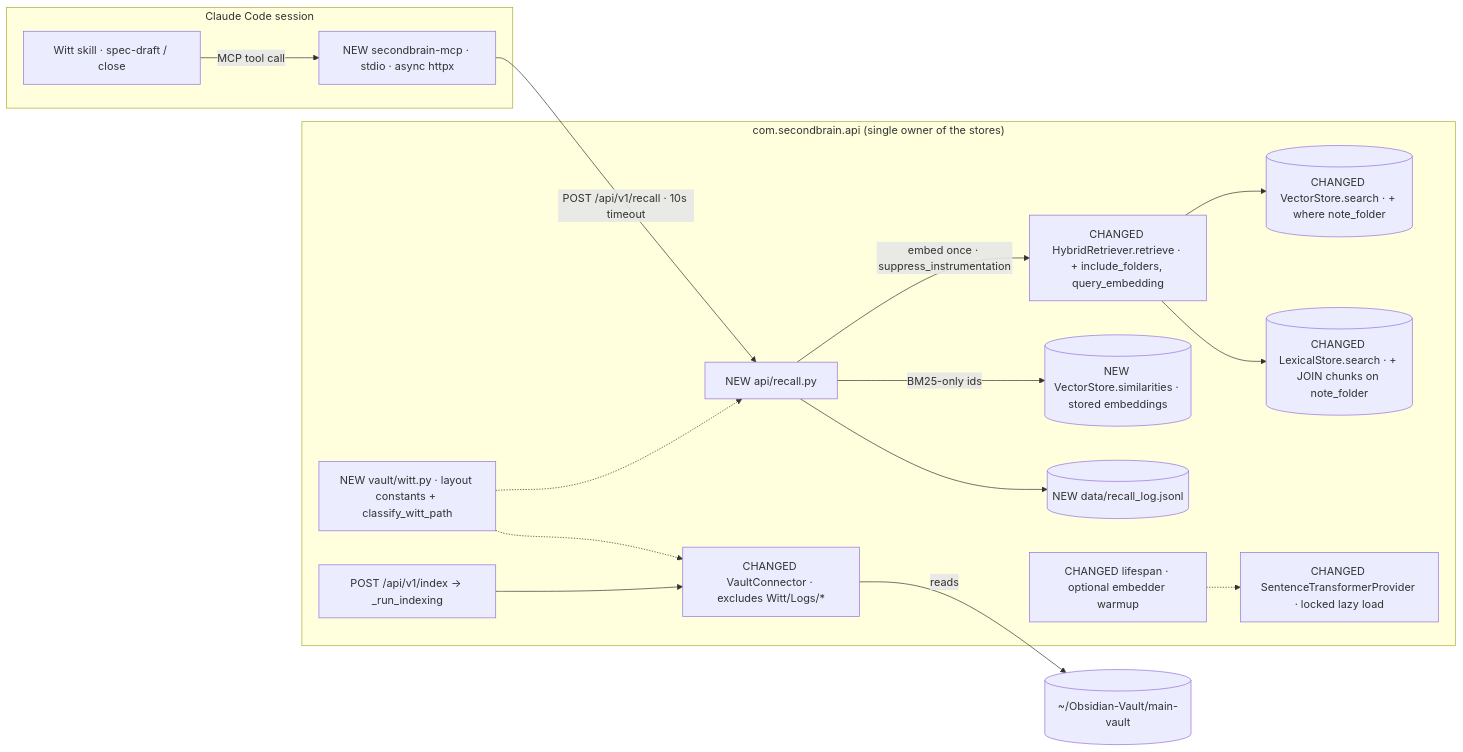
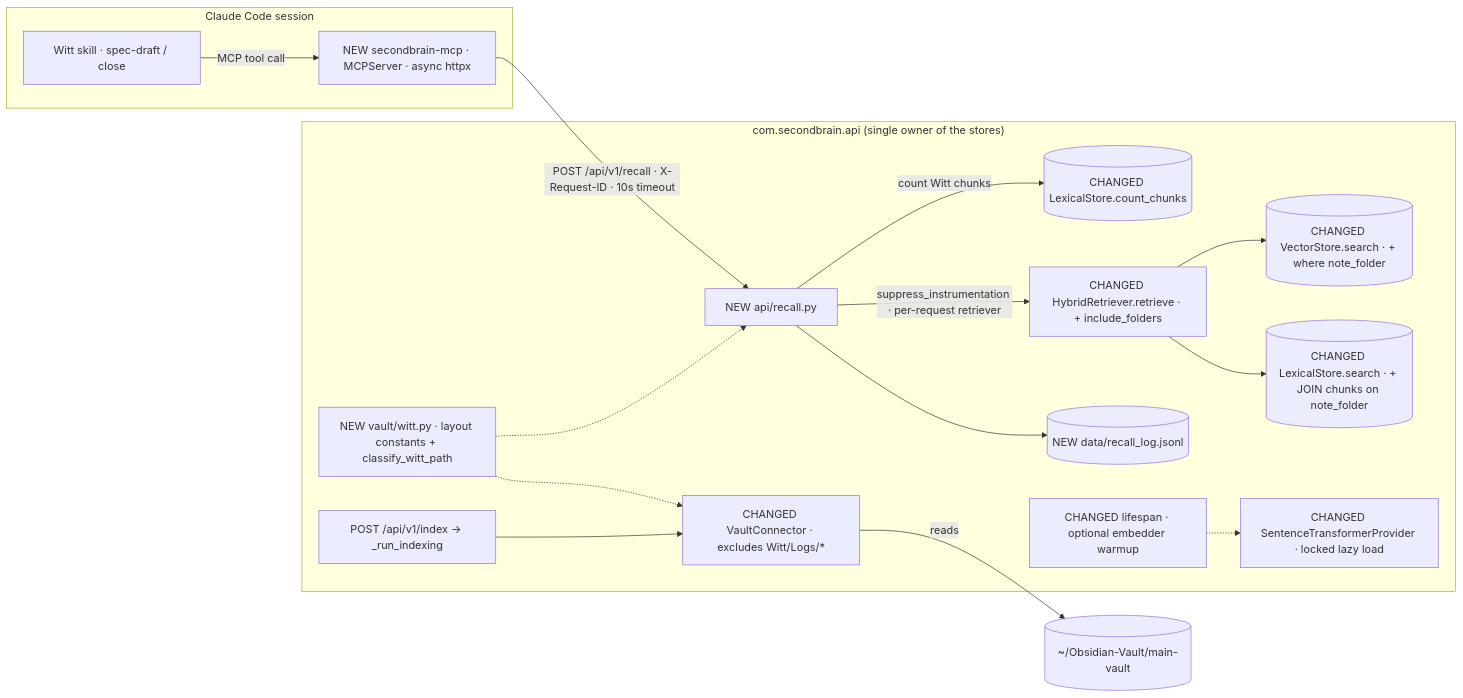
The diagram in docs/specs/001-secondbrain-recall-mcp-server-for-witt.md (brendenrossin/SecondBrain), drawn with Mermaid before and after one commit. The commit also changed other lines of this file and 4 other files, not shown here.

````diff
--- a/docs/specs/001-secondbrain-recall-mcp-server-for-witt.md
+++ b/docs/specs/001-secondbrain-recall-mcp-server-for-witt.md
@@ -96,19 +116,19 @@
 ```mermaid
 flowchart LR
   subgraph Claude Code session
-    S[Witt skill · spec-draft / close] -->|MCP tool call| M[NEW secondbrain-mcp · stdio · async httpx]
+    S[Witt skill · spec-draft / close] -->|MCP tool call| M[NEW secondbrain-mcp · MCPServer · async httpx]
   end
-  M -->|POST /api/v1/recall · 10s timeout| R[NEW api/recall.py]
+  M -->|POST /api/v1/recall · X-Request-ID · 10s timeout| R[NEW api/recall.py]
   subgraph "com.secondbrain.api (single owner of the stores)"
-    R -->|embed once · suppress_instrumentation| H[CHANGED HybridRetriever.retrieve · + include_folders, query_embedding]
+    R -->|count Witt chunks| LC[(CHANGED LexicalStore.count_chunks)]
+    R -->|suppress_instrumentation · per-request retriever| H[CHANGED HybridRetriever.retrieve · + include_folders]
     H --> V[(CHANGED VectorStore.search · + where note_folder)]
     H --> L[(CHANGED LexicalStore.search · + JOIN chunks on note_folder)]
-    R -->|BM25-only ids| VS[(NEW VectorStore.similarities · stored embeddings)]
     R --> RL[(NEW data/recall_log.jsonl)]
     W[NEW vault/witt.py · layout constants + classify_witt_path] -.-> R
     W -.-> C
     IX[POST /api/v1/index → _run_indexing] --> C[CHANGED VaultConnector · excludes Witt/Logs/*]
     LS[CHANGED lifespan · optional embedder warmup] -.-> E[CHANGED SentenceTransformerProvider · locked lazy load]
   end
   C -->|reads| VAULT[(~/Obsidian-Vault/main-vault)]
 ```
````
